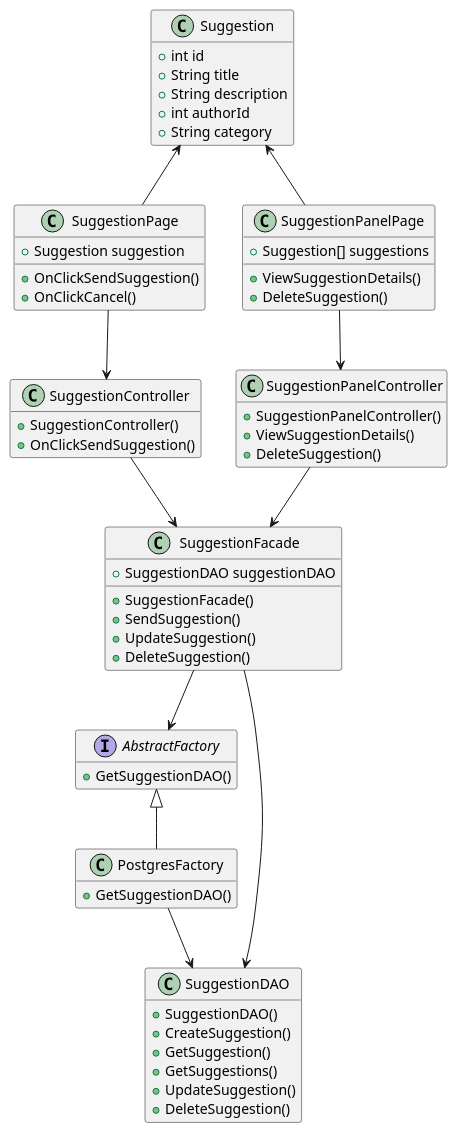
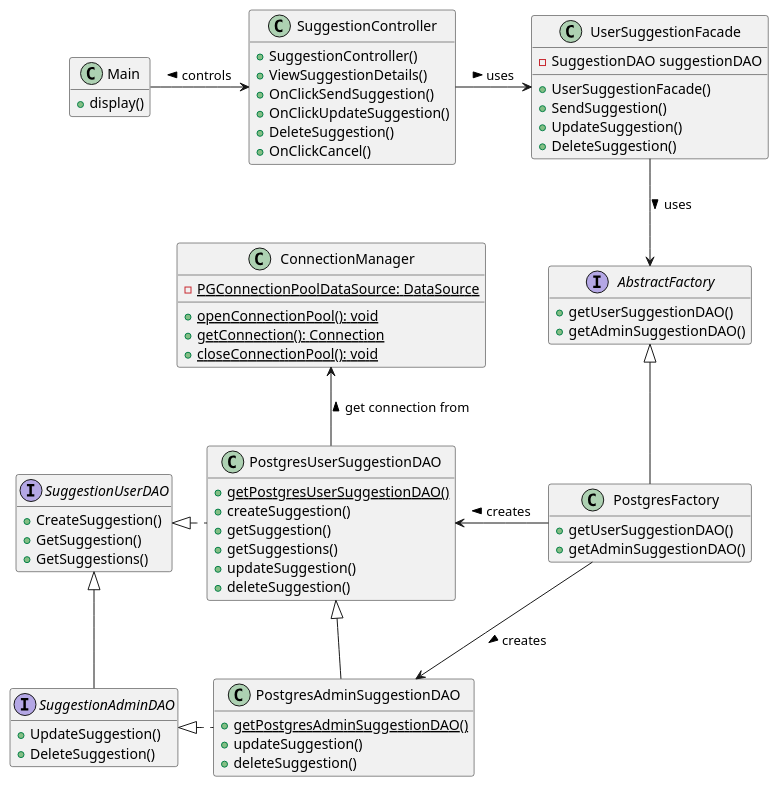
Before and after one commit to iusildra/WineCellar: the diagram in doc/reports/final/suggestions/suggestions_classDiagram.plantuml, drawn with PlantUML. The commit also changed 17 other files, not shown here.

```diff
--- a/doc/reports/final/suggestions/suggestions_classDiagram.plantuml
+++ b/doc/reports/final/suggestions/suggestions_classDiagram.plantuml
@@ -1,71 +1,78 @@
 @startuml SuggestionsUser
 hide empty members
 
-class Suggestion {
-    +int id
-    +String title
-    +String description
-    +int authorId
-    +String category
-}
-
-class SuggestionPage {
-    + Suggestion suggestion
-    + OnClickSendSuggestion()
-    + OnClickCancel()
+class Main {
+  + display()
 }
 
 class SuggestionController {
-    + SuggestionController()
-    + OnClickSendSuggestion()
+  + SuggestionController()
+  + ViewSuggestionDetails()
+  + OnClickSendSuggestion()
+  + OnClickUpdateSuggestion()
+  + DeleteSuggestion()
+  + OnClickCancel()
 }
 
-class SuggestionFacade {
-    + SuggestionDAO suggestionDAO
-    + SuggestionFacade()
-    + SendSuggestion()
-    + UpdateSuggestion()
-    + DeleteSuggestion()
+class UserSuggestionFacade {
+  - SuggestionDAO suggestionDAO
+  + UserSuggestionFacade()
+  + SendSuggestion()
+  + UpdateSuggestion()
+  + DeleteSuggestion()
 }
 
 interface AbstractFactory {
-    + GetSuggestionDAO()
+  + getUserSuggestionDAO()
+  + getAdminSuggestionDAO()
 }
 
-class PostgresFactory {
-    + GetSuggestionDAO()
+class PostgresFactory extends AbstractFactory {
+  + getUserSuggestionDAO()
+  + getAdminSuggestionDAO()
 }
 
-class SuggestionDAO {
-    + SuggestionDAO()
-    + CreateSuggestion()
-    + GetSuggestion()
-    + GetSuggestions()
-    + UpdateSuggestion()
-    + DeleteSuggestion()
+interface SuggestionUserDAO {
+  + CreateSuggestion()
+  + GetSuggestion()
+  + GetSuggestions()
 }
 
-class SuggestionPanelPage {
-    + Suggestion[] suggestions
-    + ViewSuggestionDetails()
-    + DeleteSuggestion()
+interface SuggestionAdminDAO extends SuggestionUserDAO {
+  + UpdateSuggestion()
+  + DeleteSuggestion()
 }
 
-class SuggestionPanelController {
-    + SuggestionPanelController()
-    + ViewSuggestionDetails()
-    + DeleteSuggestion()
+class PostgresUserSuggestionDAO {
+  + {static} getPostgresUserSuggestionDAO()
+  + createSuggestion()
+  + getSuggestion()
+  + getSuggestions()
+  + updateSuggestion()
+  + deleteSuggestion()
 }
 
-Suggestion <-- SuggestionPage
-AbstractFactory <|-- PostgresFactory
-SuggestionFacade --> AbstractFactory
-PostgresFactory --> SuggestionDAO
-SuggestionPage --> SuggestionController
-SuggestionController --> SuggestionFacade
-SuggestionFacade --> SuggestionDAO
-Suggestion <-- SuggestionPanelPage
-SuggestionPanelPage --> SuggestionPanelController
-SuggestionPanelController --> SuggestionFacade
+class PostgresAdminSuggestionDAO extends PostgresUserSuggestionDAO {
+  + {static} getPostgresAdminSuggestionDAO()
+  + updateSuggestion()
+  + deleteSuggestion()
+}
+
+class ConnectionManager {
+  - {static} PGConnectionPoolDataSource: DataSource
+  + {static} openConnectionPool(): void
+  + {static} getConnection(): Connection
+  + {static} closeConnectionPool(): void
+}
+
+PostgresUserSuggestionDAO   .l.|> SuggestionUserDAO
+PostgresAdminSuggestionDAO  .l.|> SuggestionAdminDAO
+
+Main                        -r-> SuggestionController: < controls
+SuggestionController        -r-> UserSuggestionFacade: > uses
+UserSuggestionFacade        --> AbstractFactory: > uses
+PostgresFactory             -l-> PostgresUserSuggestionDAO: > creates
+PostgresFactory             --> PostgresAdminSuggestionDAO: > creates
+PostgresUserSuggestionDAO   -u-> ConnectionManager: > get connection from
 
 @enduml
```
